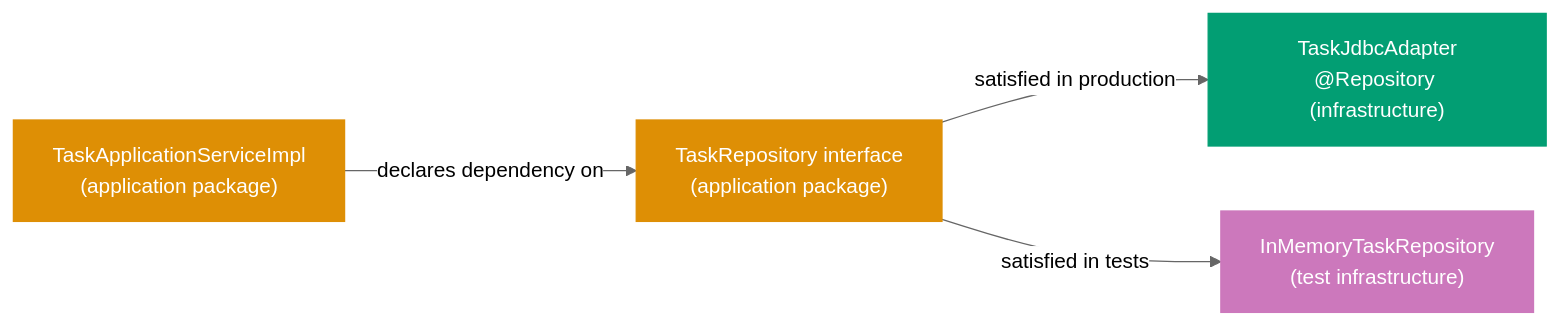
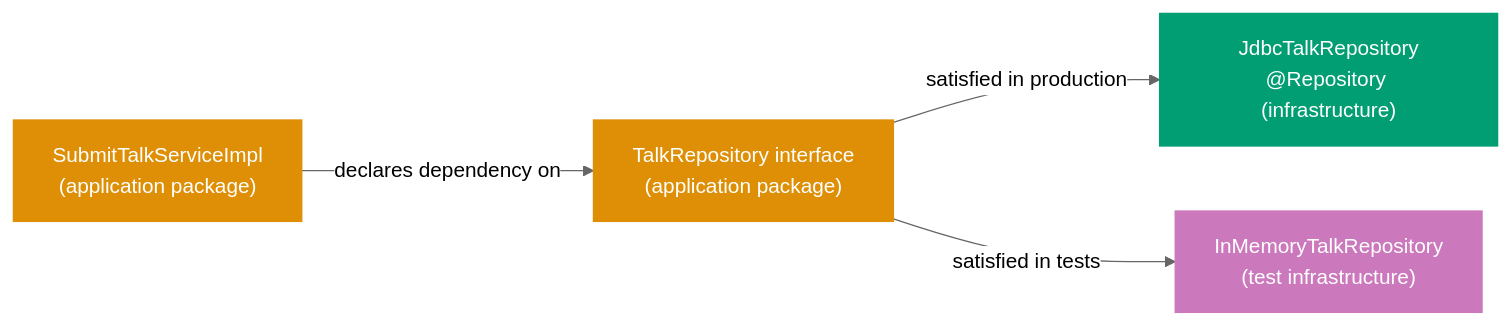
Before and after one commit to wahidyankf/open-sharia-enterprise: the first of 3 diagrams in apps/ayokoding-web/content/en/learn/software-engineering/architecture/ddd-hexagonal-in-practice/oop-in-the-field/intermediate.md, drawn with Mermaid (neutral theme). The commit also changed other lines of this file and 11 other files, not shown here.

````diff
--- a/apps/ayokoding-web/content/en/learn/software-engineering/architecture/ddd-hexagonal-in-practice/oop-in-the-field/intermediate.md
+++ b/apps/ayokoding-web/content/en/learn/software-engineering/architecture/ddd-hexagonal-in-practice/oop-in-the-field/intermediate.md
@@ -93,14 +100,14 @@
 ```mermaid
 flowchart LR
-    svc["TaskApplicationServiceImpl\n(application package)"]:::orange
-    port["TaskRepository interface\n(application package)"]:::orange
-    jdbc["TaskJdbcAdapter\n@Repository (infrastructure)"]:::teal
-    mem["InMemoryTaskRepository\n(test infrastructure)"]:::purple
+    svc["SubmitTalkServiceImpl\n(application package)"]:::orange
+    port["TalkRepository interface\n(application package)"]:::orange
+    jdbc["JdbcTalkRepository\n@Repository (infrastructure)"]:::teal
+    mem["InMemoryTalkRepository\n(test infrastructure)"]:::purple
     svc -->|"declares dependency on"| port
     port -->|"satisfied in production"| jdbc
     port -->|"satisfied in tests"| mem
 
     classDef orange fill:#DE8F05,color:#fff,stroke:#DE8F05
     classDef teal fill:#029E73,color:#fff,stroke:#029E73
     classDef purple fill:#CC78BC,color:#fff,stroke:#CC78BC
 ```
````
